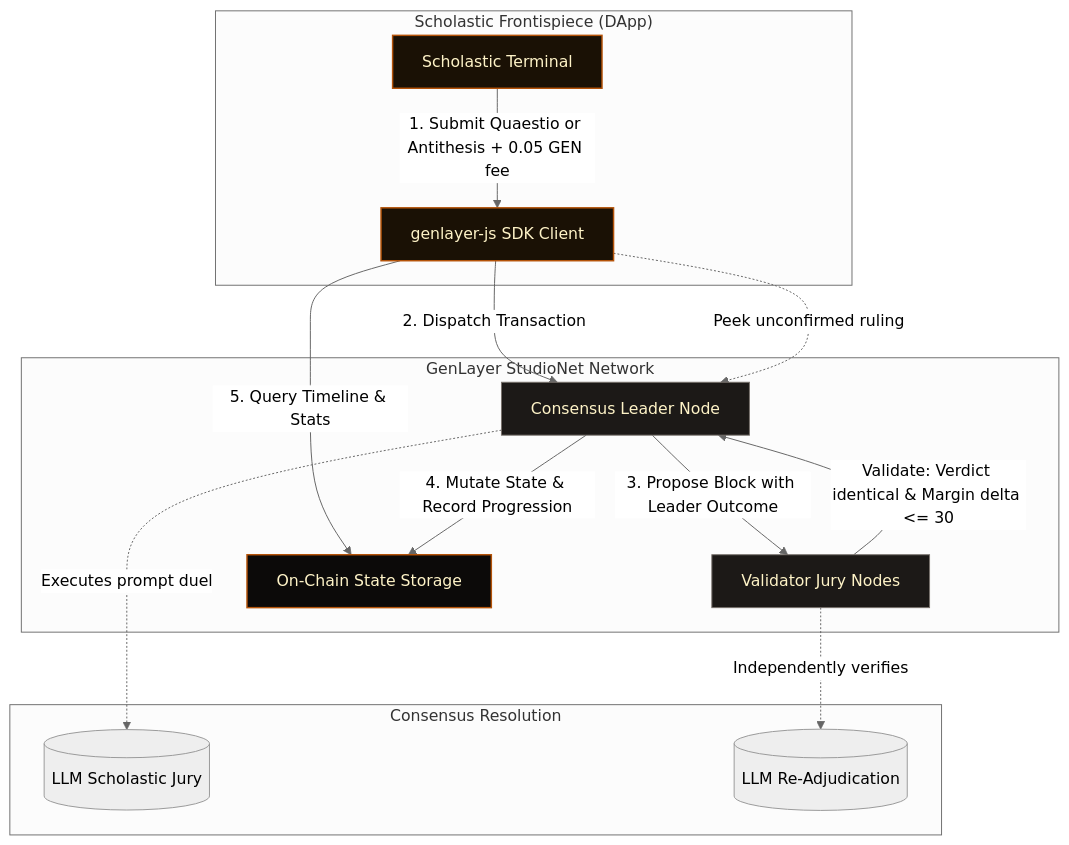
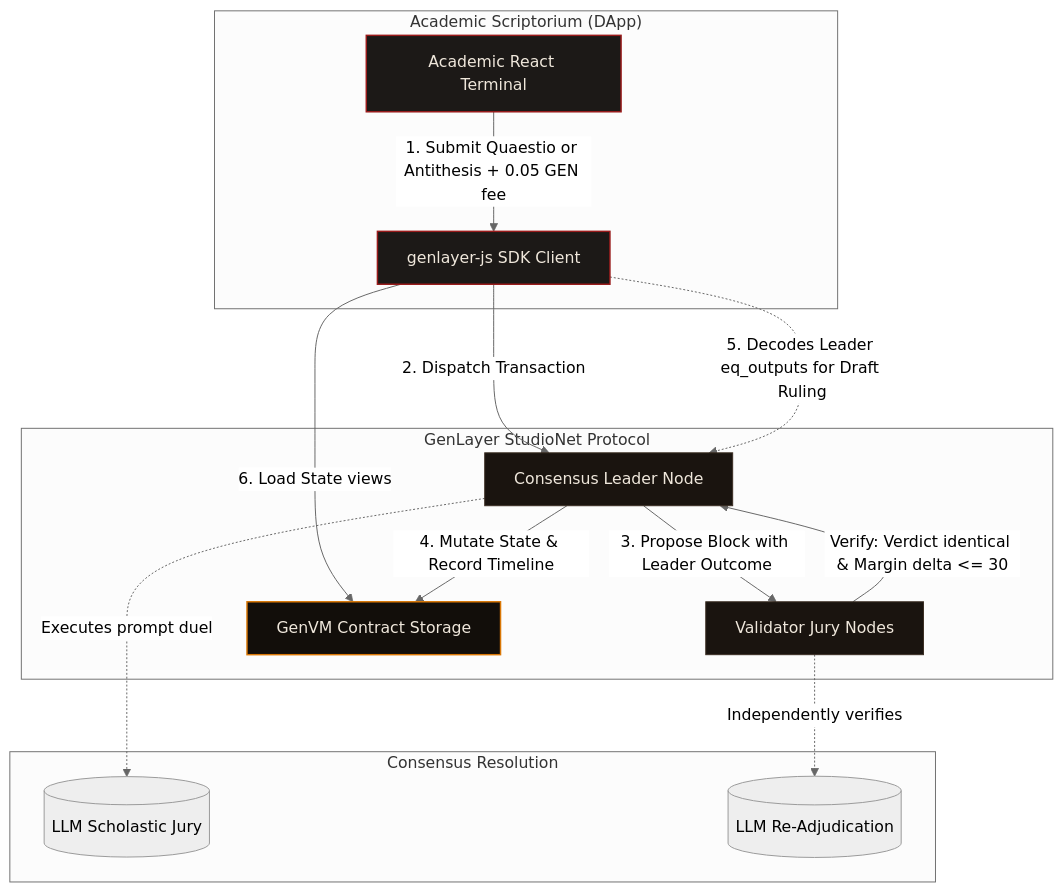
One commit to k-beee/Disputatio changed the diagram in README.md. Above: the diagram before and after it, drawn with Mermaid (neutral theme). The commit also changed other lines of this file, not shown here.

Commit message:
Update README.md with detailed architectural specifications, directory maps, and flowchart

````diff
--- a/README.md
+++ b/README.md
@@ -24,32 +16,32 @@
 ```mermaid
 graph TD
-    classDef user fill:#1a1105,stroke:#b45309,stroke-width:1.5px,color:#fef3c7;
-    classDef contract fill:#0c0a09,stroke:#b45309,stroke-width:1.5px,color:#fef3c7;
-    classDef network fill:#1c1917,stroke:#78716c,stroke-width:1px,color:#fef3c7;
+    classDef user fill:#1c1917,stroke:#991b1b,stroke-width:1.5px,color:#efe7db;
+    classDef contract fill:#120e0a,stroke:#d97706,stroke-width:1.5px,color:#efe7db;
+    classDef network fill:#1a140f,stroke:#3b2e23,stroke-width:1px,color:#efe7db;
 
-    subgraph UserInterface ["Scholastic Frontispiece (DApp)"]
-        UI["Scholastic Terminal"]:::user
+    subgraph UserInterface ["Academic Scriptorium (DApp)"]
+        UI["Academic React Terminal"]:::user
         SDK["genlayer-js SDK Client"]:::user
     end
 
-    subgraph GenLayer ["GenLayer StudioNet Network"]
+    subgraph GenLayer ["GenLayer StudioNet Protocol"]
         Leader["Consensus Leader Node"]:::network
         Jury["Validator Jury Nodes"]:::network
-        State["On-Chain State Storage"]:::contract
+        State["GenVM Contract Storage"]:::contract
     end
 
     UI -->|1. Submit Quaestio or Antithesis + 0.05 GEN fee| SDK
     SDK -->|2. Dispatch Transaction| Leader
-    SDK -->|5. Query Timeline & Stats| State
+    SDK -->|6. Load State views| State
 
     Leader -->|3. Propose Block with Leader Outcome| Jury
     
     subgraph ConsensusLoop ["Consensus Resolution"]
         Leader -.->|Executes prompt duel| LLM_Leader[("LLM Scholastic Jury")]
         Jury -.->|Independently verifies| LLM_Validators[("LLM Re-Adjudication")]
-        Jury -->|Validate: Verdict identical & Margin delta <= 30| Leader
+        Jury -->|Verify: Verdict identical & Margin delta <= 30| Leader
     end
 
-    Leader -->|4. Mutate State & Record Progression| State
-    SDK -.->|Peek unconfirmed ruling| Leader
+    Leader -->|4. Mutate State & Record Timeline| State
+    SDK -.->|5. Decodes Leader eq_outputs for Draft Ruling| Leader
 ```
````
